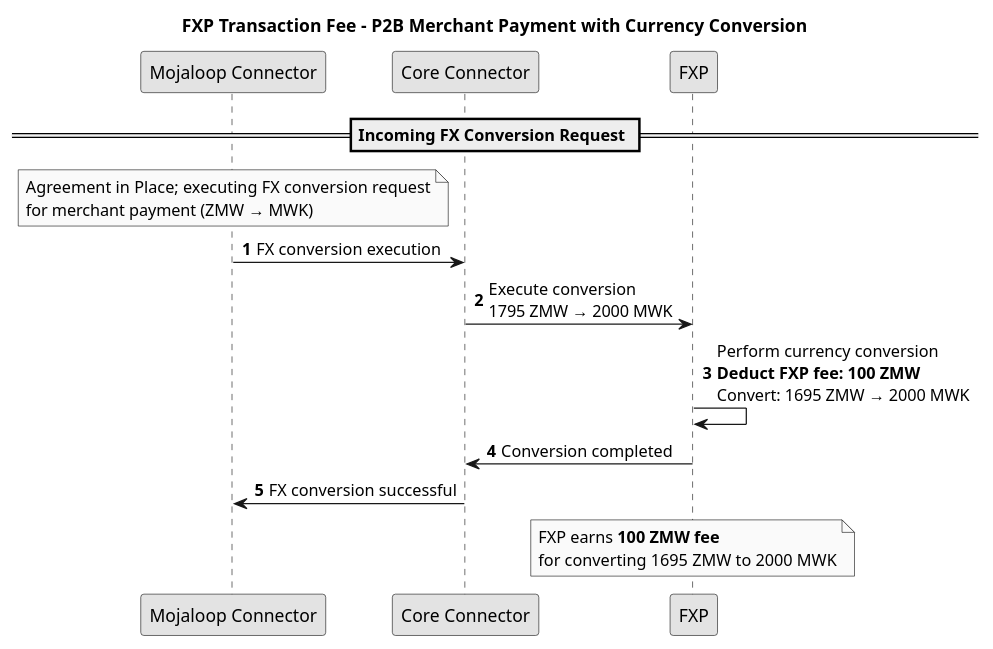
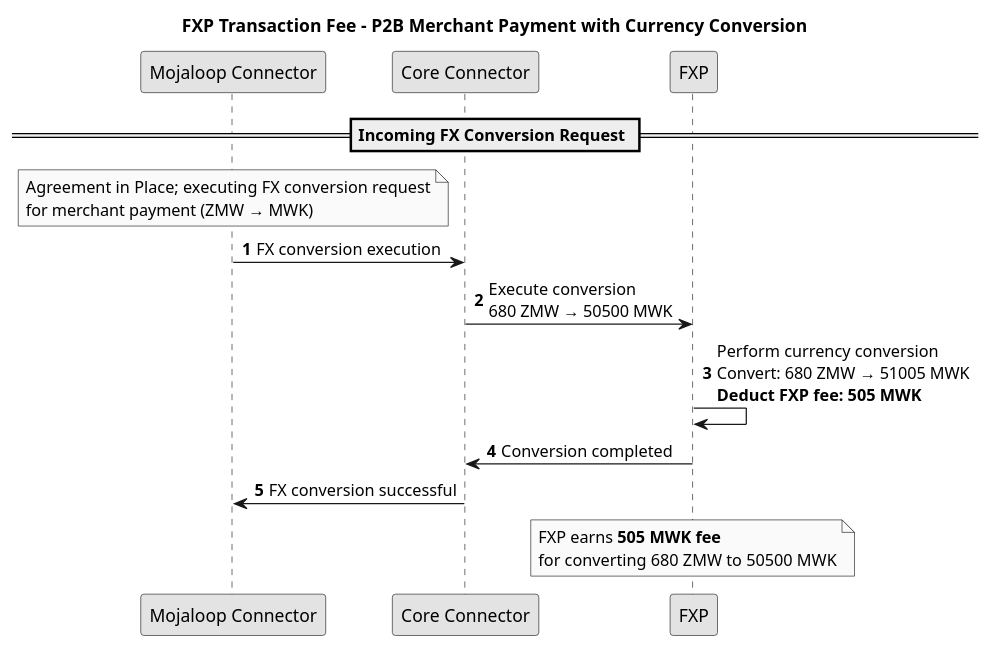
The diagram in md-docs/fees/SequenceDiagram/FXP_P2B_Fees - transfer.plantuml (infitx-org/participation-tool-docs), drawn with PlantUML before and after one commit. The commit also changed 13 other files, not shown here.

```diff
--- a/md-docs/fees/SequenceDiagram/FXP_P2B_Fees - transfer.plantuml
+++ b/md-docs/fees/SequenceDiagram/FXP_P2B_Fees - transfer.plantuml
@@ -1,24 +1,24 @@
 @startuml FXP_P2B_Fees - transfer
 title FXP Transaction Fee - P2B Merchant Payment with Currency Conversion
 skinparam monochrome true
 autonumber
 
 participant "Mojaloop Connector" as MC
 participant "Core Connector" as CC
 participant "FXP" as FXP
 
 == Incoming FX Conversion Request ==
 note over MC: Agreement in Place; executing FX conversion request\nfor merchant payment (ZMW → MWK)
 
 
 MC -> CC: FX conversion execution
-CC -> FXP: Execute conversion\n1795 ZMW → 2000 MWK
+CC -> FXP: Execute conversion\n680 ZMW → 50500 MWK
 
-FXP -> FXP: Perform currency conversion\n**Deduct FXP fee: 100 ZMW**\nConvert: 1695 ZMW → 2000 MWK
+FXP -> FXP: Perform currency conversion\nConvert: 680 ZMW → 51005 MWK\n**Deduct FXP fee: 505 MWK**
 
 FXP -> CC: Conversion completed
 CC -> MC: FX conversion successful
 
-note over FXP: FXP earns **100 ZMW fee**\nfor converting 1695 ZMW to 2000 MWK
+note over FXP: FXP earns **505 MWK fee**\nfor converting 680 ZMW to 50500 MWK
 
 @enduml
```
